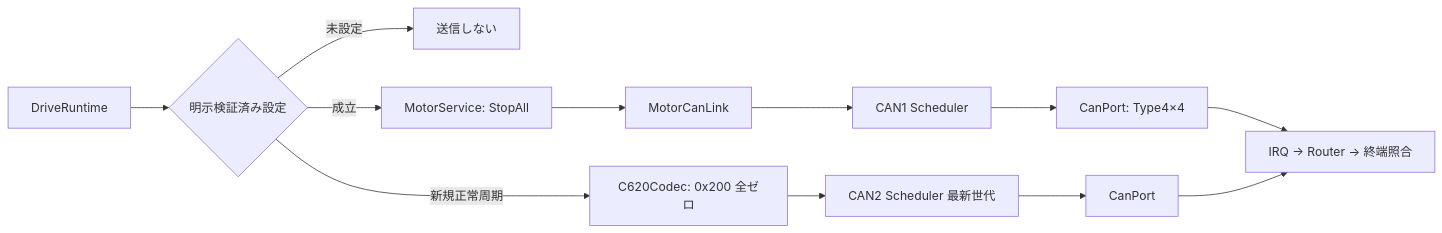
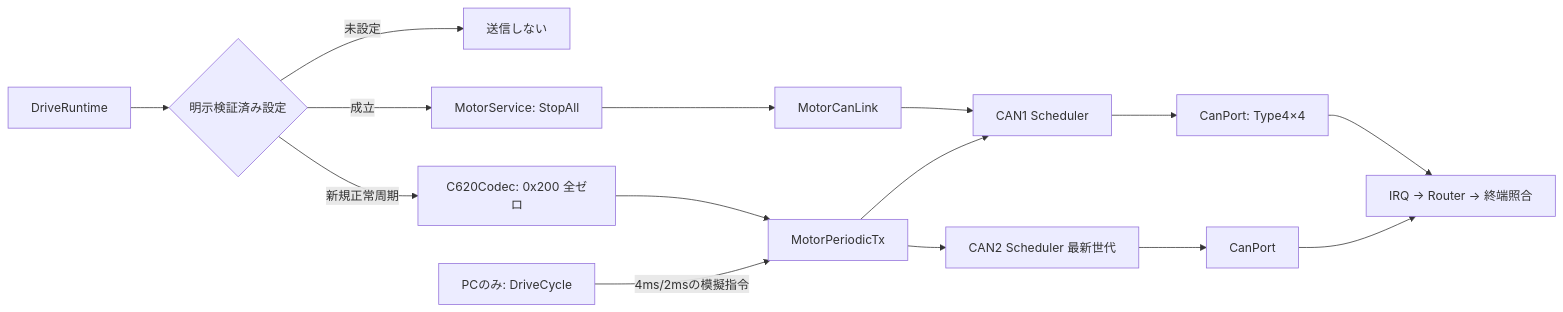
Before and after one commit to kou-pen/balancing: the fifth of 9 diagrams in docs/diagrams.md, drawn with Mermaid. The commit also changed other lines of this file and 14 other files, not shown here.

```diff
--- a/docs/diagrams.md
+++ b/docs/diagrams.md
@@ -92,14 +92,17 @@
 <pre class="mermaid">
 flowchart LR
     APP["DriveRuntime"] --> CHECK{"明示検証済み設定"}
     CHECK -->|未設定| OFF["送信しない"]
     CHECK -->|成立| STOP["MotorService: StopAll"]
     STOP --> LINK["MotorCanLink"]
     LINK --> S1["CAN1 Scheduler"]
     S1 --> P1["CanPort: Type4×4"]
     CHECK -->|新規正常周期| ZERO["C620Codec: 0x200 全ゼロ"]
-    ZERO --> S2["CAN2 Scheduler 最新世代"]
+    ZERO --> TX["MotorPeriodicTx"]
+    SIL["PCのみ: DriveCycle"] -->|4ms/2msの模擬指令| TX
+    TX --> S1
+    TX --> S2["CAN2 Scheduler 最新世代"]
     S2 --> P2["CanPort"]
     P1 --> ACK["IRQ → Router → 終端照合"]
     P2 --> ACK
 </pre>
```
